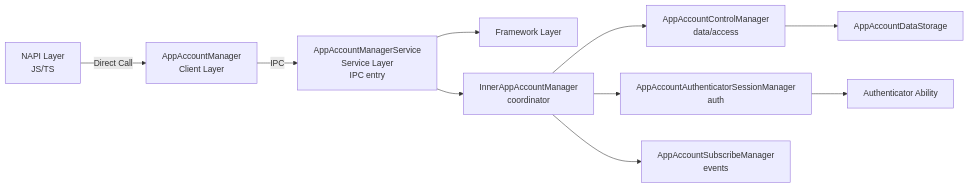
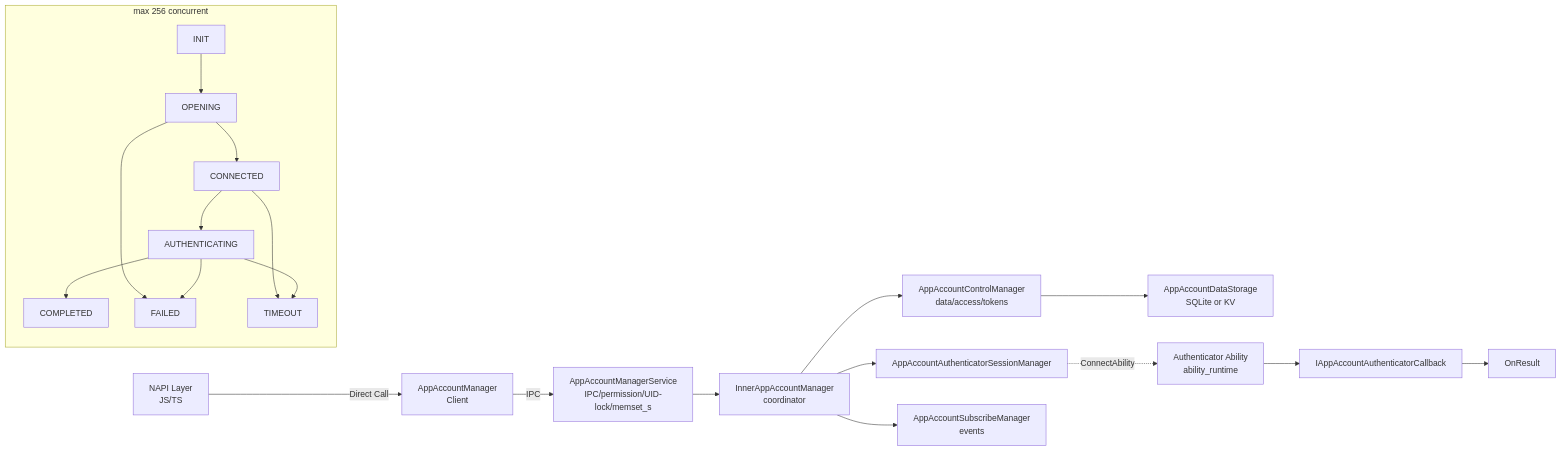
One commit to openharmony/account_os_account changed the diagram in services/accountmgr/src/appaccount/AGENTS.md. Above: the diagram before and after it, drawn with Mermaid. The commit also changed other lines of this file and 4 other files, not shown here.

````diff
--- a/services/accountmgr/src/appaccount/AGENTS.md
+++ b/services/accountmgr/src/appaccount/AGENTS.md
@@ -20,14 +20,20 @@
 ```mermaid
 graph LR
-    A[NAPI Layer<br/>JS/TS] -->|Direct Call| B[AppAccountManager<br/>Client Layer]
-    B -->|IPC| C[AppAccountManagerService<br/>Service Layer<br/>IPC entry]
-    C --> D[Framework Layer]
+    A[NAPI Layer<br/>JS/TS] -->|Direct Call| B[AppAccountManager<br/>Client]
+    B -->|IPC| C[AppAccountManagerService<br/>IPC/permission/UID-lock/memset_s]
+    C --> C1[InnerAppAccountManager<br/>coordinator]
+    C1 --> C2[AppAccountControlManager<br/>data/access/tokens]
+    C1 --> C3[AppAccountAuthenticatorSessionManager]
+    C1 --> C4[AppAccountSubscribeManager<br/>events]
+    C2 --> C21[AppAccountDataStorage<br/>SQLite or KV]
+    C3 -.->|ConnectAbility| F[Authenticator Ability<br/>ability_runtime]
+    F --> G[IAppAccountAuthenticatorCallback] --> H[OnResult]
 
-    C --> C1[InnerAppAccountManager<br/>coordinator]
-    C1 --> C2[AppAccountControlManager<br/>data/access]
-    C1 --> C3[AppAccountAuthenticatorSessionManager<br/>auth]
-    C1 --> C4[AppAccountSubscribeManager<br/>events]
-
-    C2 --> C21[AppAccountDataStorage]
-    C3 --> C31[Authenticator Ability]
+    subgraph Session States [max 256 concurrent]
+        INIT --> OPENING --> CONNECTED --> AUTHENTICATING --> COMPLETED
+        OPENING --> FAILED
+        CONNECTED --> TIMEOUT
+        AUTHENTICATING --> FAILED
+        AUTHENTICATING --> TIMEOUT
+    end
 ```
````
